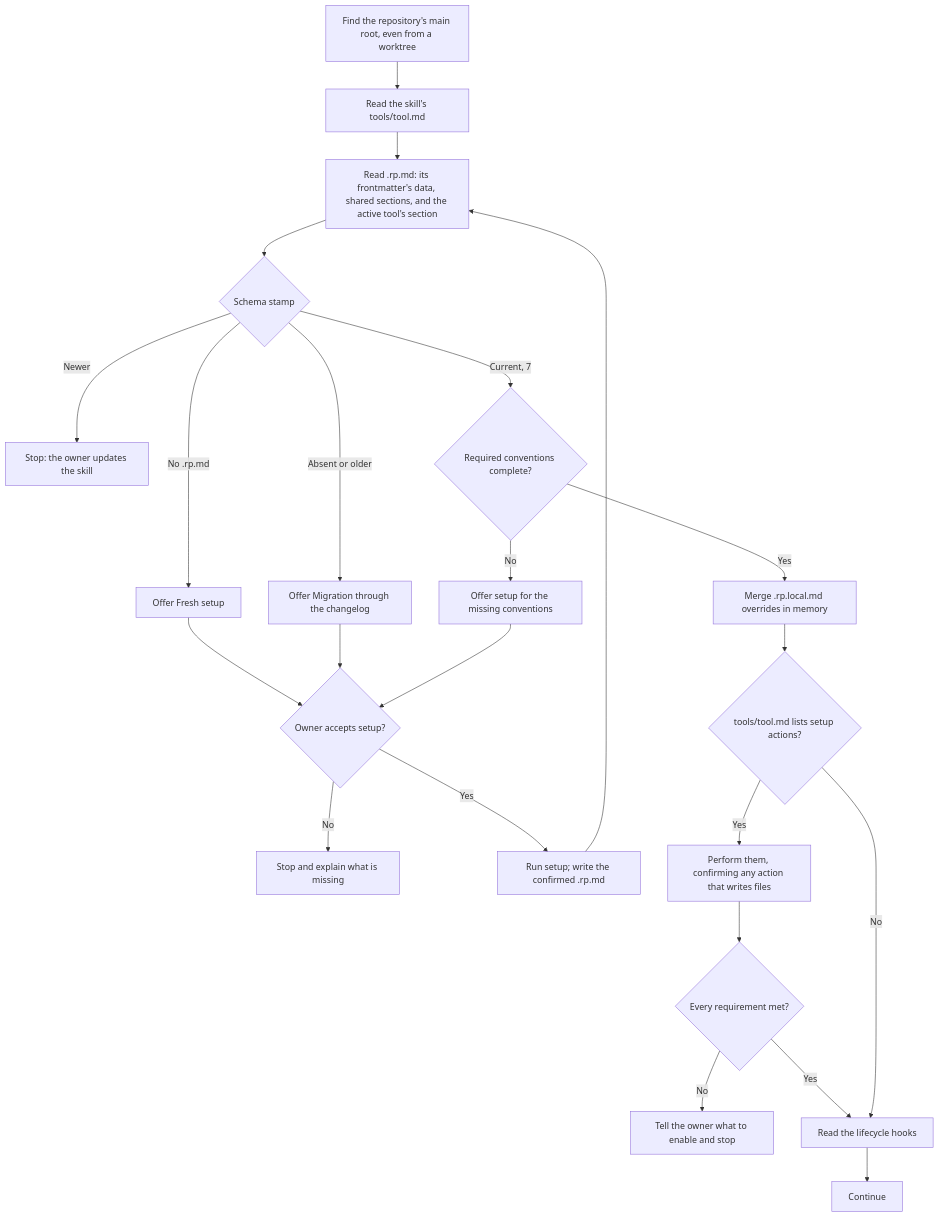
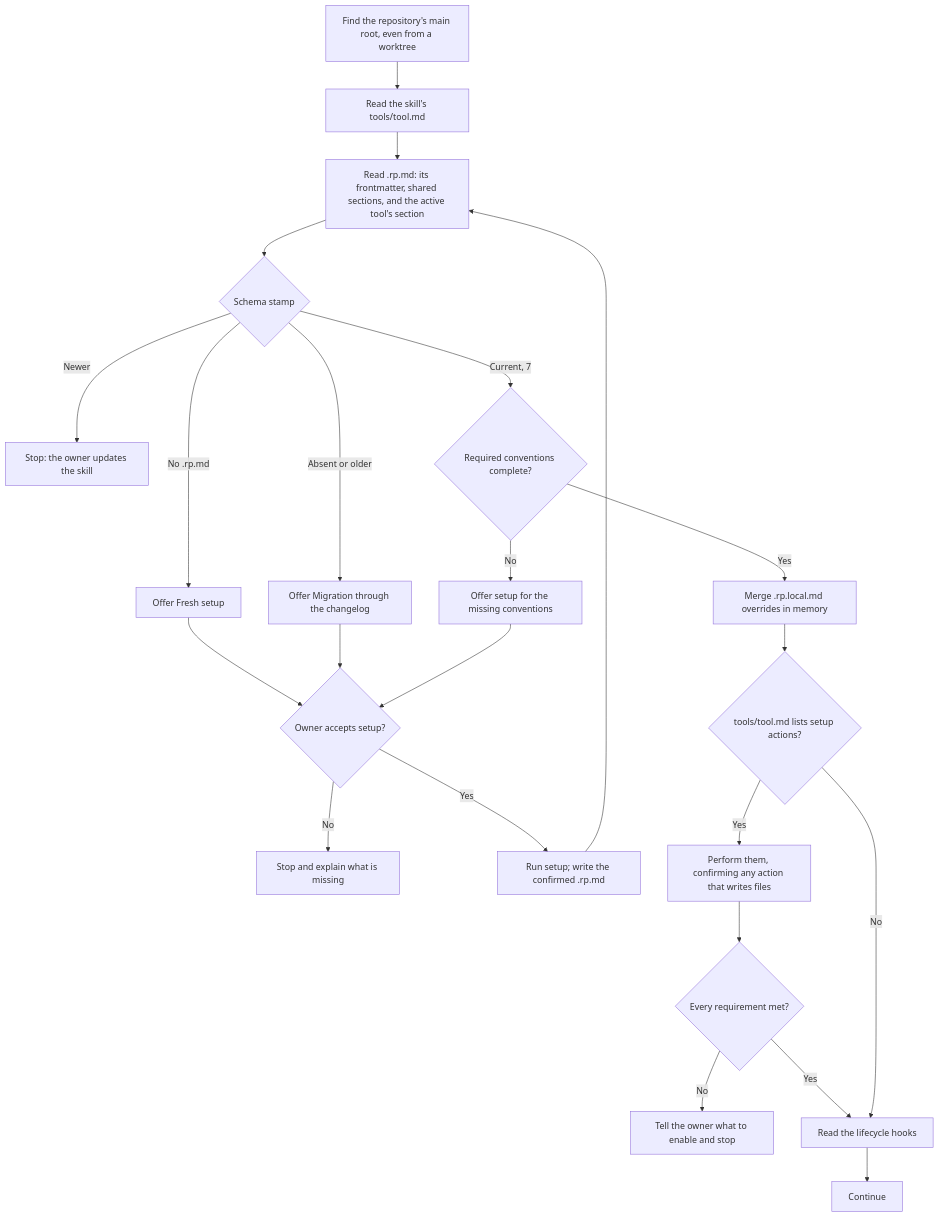
Before and after one commit to Automattic/radical-pipelines: the diagram in docs/flowcharts/load-conventions.md, drawn with Mermaid. The commit also changed 14 other files, not shown here.

````diff
--- a/docs/flowcharts/load-conventions.md
+++ b/docs/flowcharts/load-conventions.md
@@ -5,25 +5,25 @@
 ```mermaid
 flowchart TD
     A["Find the repository's main root, even from a worktree"] --> B["Read the skill's tools/tool.md"]
-    B --> C["Read .rp.md: its frontmatter's data, shared sections, and the active tool's section"]
+    B --> C["Read .rp.md: its frontmatter, shared sections, and the active tool's section"]
     C --> H{"Schema stamp"}
     H -->|No .rp.md| I["Offer Fresh setup"]
     H -->|Absent or older| J["Offer Migration through the changelog"]
     H -->|Newer| L["Stop: the owner updates the skill"]
     H -->|Current, 7| K{"Required conventions complete?"}
     I --> M{"Owner accepts setup?"}
     J --> M
     K -->|No| N["Offer setup for the missing conventions"]
     N --> M
     M -->|No| STOP["Stop and explain what is missing"]
     M -->|Yes| SETUP["Run setup; write the confirmed .rp.md"]
     SETUP --> C
     K -->|Yes| G["Merge .rp.local.md overrides in memory"]
     G --> T{"tools/tool.md lists setup actions?"}
     T -->|Yes| TA["Perform them, confirming any action that writes files"]
     TA --> TR{"Every requirement met?"}
     TR -->|No| TSTOP["Tell the owner what to enable and stop"]
     TR -->|Yes| P
     T -->|No| P["Read the lifecycle hooks"]
     P --> Q["Continue"]
 ```
````
